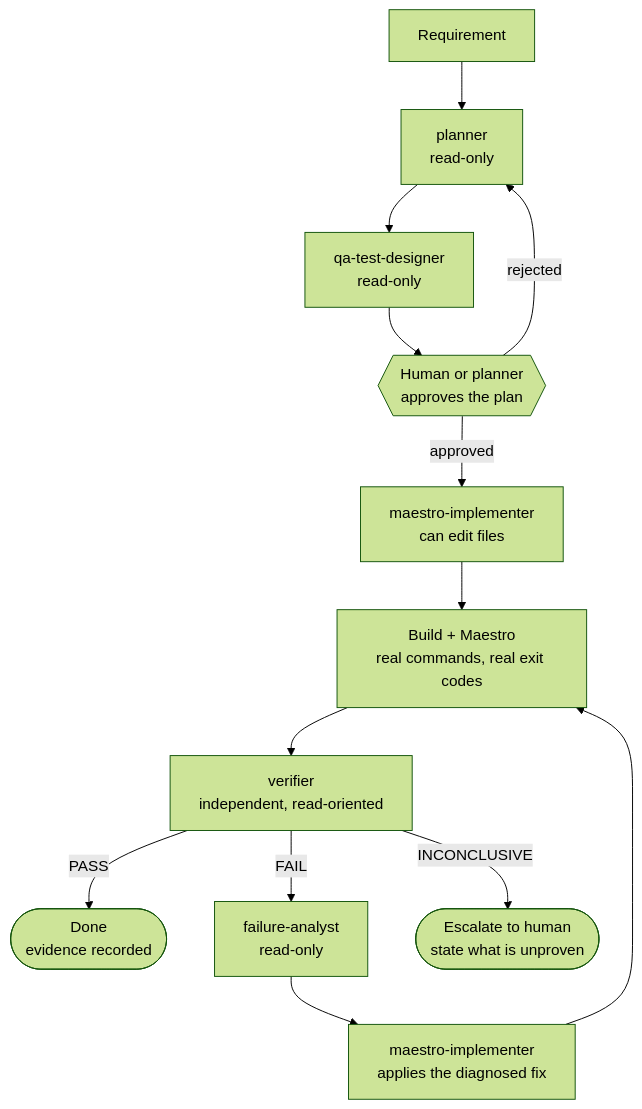
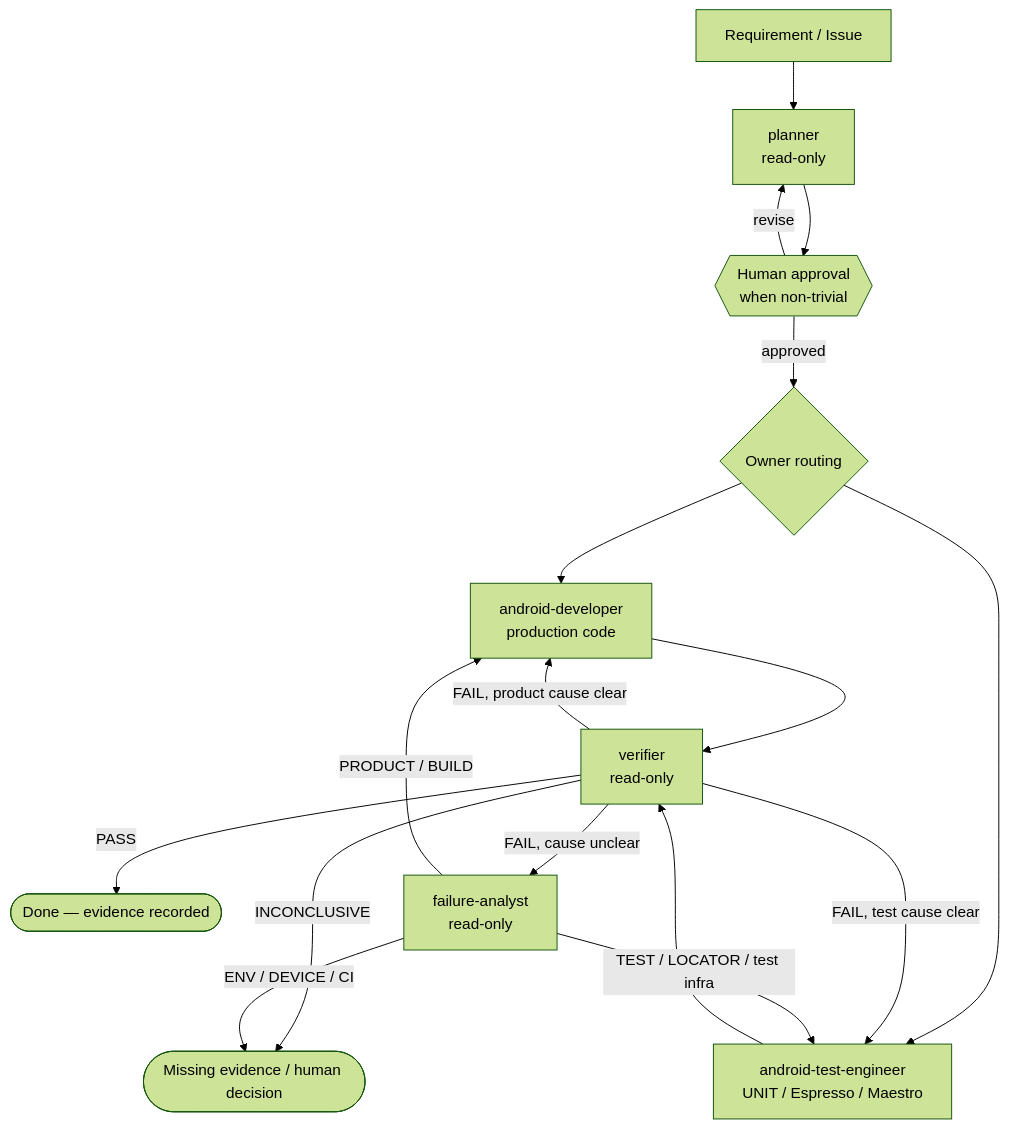
The first of 4 diagrams in docs/architecture.md (si13n/si13-android), drawn with Mermaid (forest theme) before and after one commit. The commit also changed other lines of this file and 8 other files, not shown here.

Commit message:
Align harness docs and gates with five-role architecture

````diff
--- a/docs/architecture.md
+++ b/docs/architecture.md
@@ -5,15 +5,19 @@
 ```mermaid
 flowchart TD
-    R[Requirement] --> P[planner<br/>read-only]
-    P --> D[qa-test-designer<br/>read-only]
-    D --> G{{Human or planner<br/>approves the plan}}
-    G -->|rejected| P
-    G -->|approved| I[maestro-implementer<br/>can edit files]
-    I --> B[Build + Maestro<br/>real commands, real exit codes]
-    B --> V[verifier<br/>independent, read-oriented]
-    V -->|PASS| DONE([Done<br/>evidence recorded])
-    V -->|FAIL| FA[failure-analyst<br/>read-only]
-    V -->|INCONCLUSIVE| H([Escalate to human<br/>state what is unproven])
-    FA --> FIX[maestro-implementer<br/>applies the diagnosed fix]
-    FIX --> B
+    R[Requirement / Issue] --> P[planner<br/>read-only]
+    P --> G{{Human approval<br/>when non-trivial}}
+    G -->|revise| P
+    G -->|approved| ROUTE{Owner routing}
+    ROUTE --> D[android-developer<br/>production code]
+    ROUTE --> T[android-test-engineer<br/>UNIT / Espresso / Maestro]
+    D --> V[verifier<br/>read-only]
+    T --> V
+    V -->|PASS| DONE([Done — evidence recorded])
+    V -->|INCONCLUSIVE| H([Missing evidence / human decision])
+    V -->|FAIL, cause unclear| F[failure-analyst<br/>read-only]
+    V -->|FAIL, product cause clear| D
+    V -->|FAIL, test cause clear| T
+    F -->|PRODUCT / BUILD| D
+    F -->|TEST / LOCATOR / test infra| T
+    F -->|ENV / DEVICE / CI| H
 ```
````
